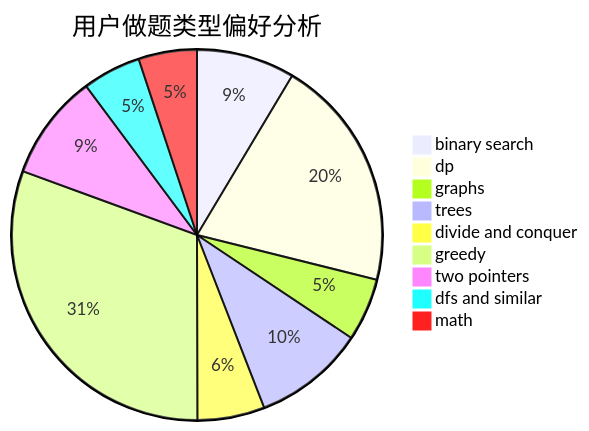
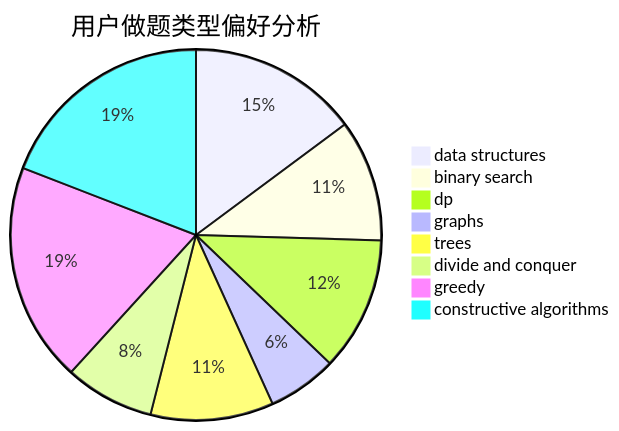
Before and after one commit to sherpahu/cfrs.github.io: the second of 3 diagrams in docs/user/u331.md, drawn with Mermaid. The commit also changed other lines of this file and 2775 other files, not shown here.

````diff
--- a/docs/user/u331.md
+++ b/docs/user/u331.md
@@ -23,12 +23,11 @@
 ```mermaid
 pie title 用户做题类型偏好分析
-    "binary search" :  133
-    "dp" :  315
-    "graphs" :  85
-    "trees" :  151
-    "divide and conquer" :  91
-    "greedy" :  475
-    "two pointers" :  143
-    "dfs and similar" :  79
-    "math" :  79
+    "data structures" :  152
+    "binary search" :  109
+    "dp" :  120
+    "graphs" :  62
+    "trees" :  110
+    "divide and conquer" :  80
+    "greedy" :  196
+    "constructive algorithms" :  196
 ```
````
